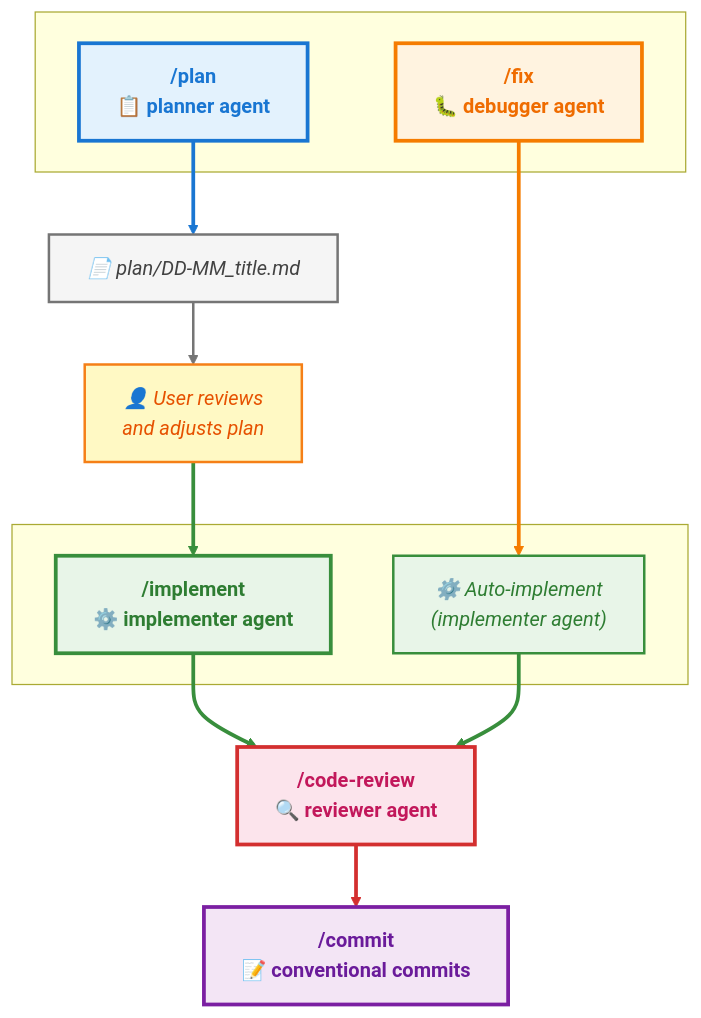
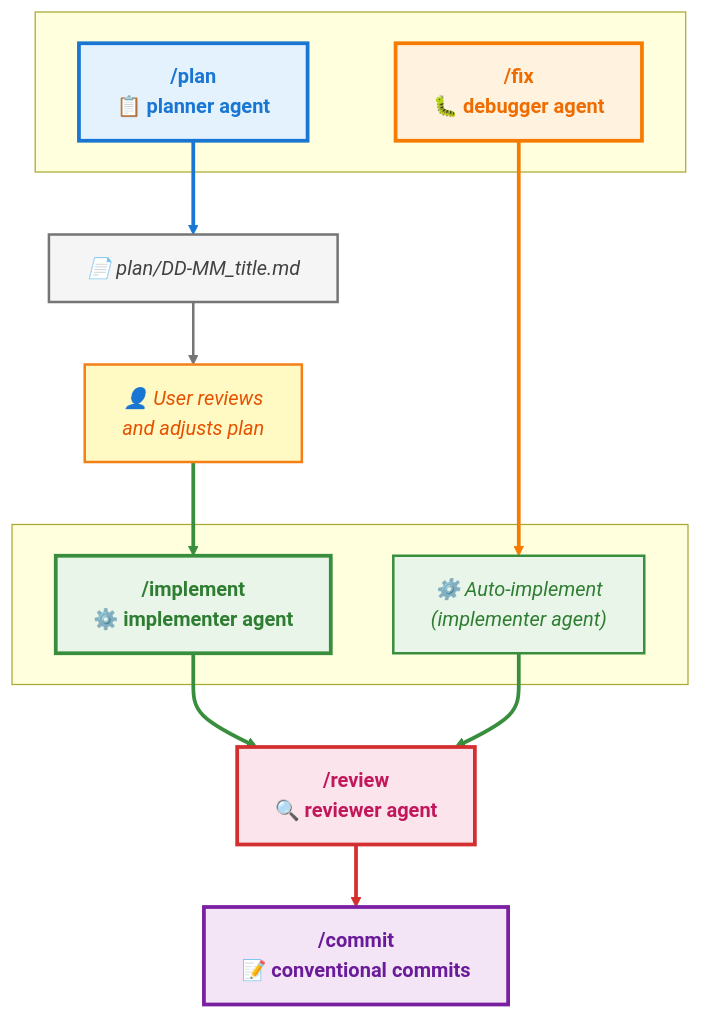
Before and after one commit to OscSer/agents-config: the diagram in README.md, drawn with Mermaid. The commit also changed 6 other files, not shown here.

First line of the commit message:
refactor(commands): improve command documentation and rename code-review to review

````diff
--- a/README.md
+++ b/README.md
@@ -46,52 +46,52 @@
 ```mermaid
 flowchart TD
     %% Top level commands at same level
     subgraph " "
         Plan["/plan<br/>📋 planner agent"]
         Fix["/fix<br/>🐛 debugger agent"]
     end
 
     %% Development workflow
     Plan --> PlanFile["📄 plan/DD-MM_title.md"]
     PlanFile --> Review["👤 User reviews<br/>and adjusts plan"]
     Review --> Implement["/implement<br/>⚙️ implementer agent"]
 
     %% Fix workflow
     Fix --> AutoImplement["⚙️ Auto-implement<br/>(implementer agent)"]
 
     %% Align implementer agents at same level
     subgraph " "
         Implement
         AutoImplement
     end
 
     %% Common endpoints
-    Implement --> CodeReview["/code-review<br/>🔍 reviewer agent"]
+    Implement --> CodeReview["/review<br/>🔍 reviewer agent"]
     AutoImplement --> CodeReview
     CodeReview --> Commit["/commit<br/>📝 conventional commits"]
 
     %% Command styles with rounded corners and shadows
     style Plan fill:#e3f2fd,stroke:#1976d2,stroke-width:3px,color:#1976d2,font-weight:bold
     style Implement fill:#e8f5e8,stroke:#388e3c,stroke-width:3px,color:#2e7d32,font-weight:bold
     style Fix fill:#fff3e0,stroke:#f57c00,stroke-width:3px,color:#ef6c00,font-weight:bold
     style CodeReview fill:#fce4ec,stroke:#d32f2f,stroke-width:3px,color:#c2185b,font-weight:bold
     style Commit fill:#f3e5f5,stroke:#7b1fa2,stroke-width:3px,color:#6a1b9a,font-weight:bold
 
     %% File style
     style PlanFile fill:#f5f5f5,stroke:#757575,stroke-width:2px,color:#424242,font-style:italic
 
     %% User action style
     style Review fill:#fff9c4,stroke:#f57f17,stroke-width:2px,color:#e65100,font-style:italic
 
     %% Auto-implement style
     style AutoImplement fill:#e8f5e8,stroke:#388e3c,stroke-width:2px,color:#2e7d32,font-style:italic
 
     %% Link styles
     linkStyle 0 stroke:#1976d2,stroke-width:3px
     linkStyle 1 stroke:#757575,stroke-width:2px
     linkStyle 2 stroke:#388e3c,stroke-width:3px
     linkStyle 3 stroke:#f57c00,stroke-width:3px
     linkStyle 4 stroke:#388e3c,stroke-width:3px
     linkStyle 5 stroke:#388e3c,stroke-width:3px
     linkStyle 6 stroke:#d32f2f,stroke-width:3px
 ```
````
